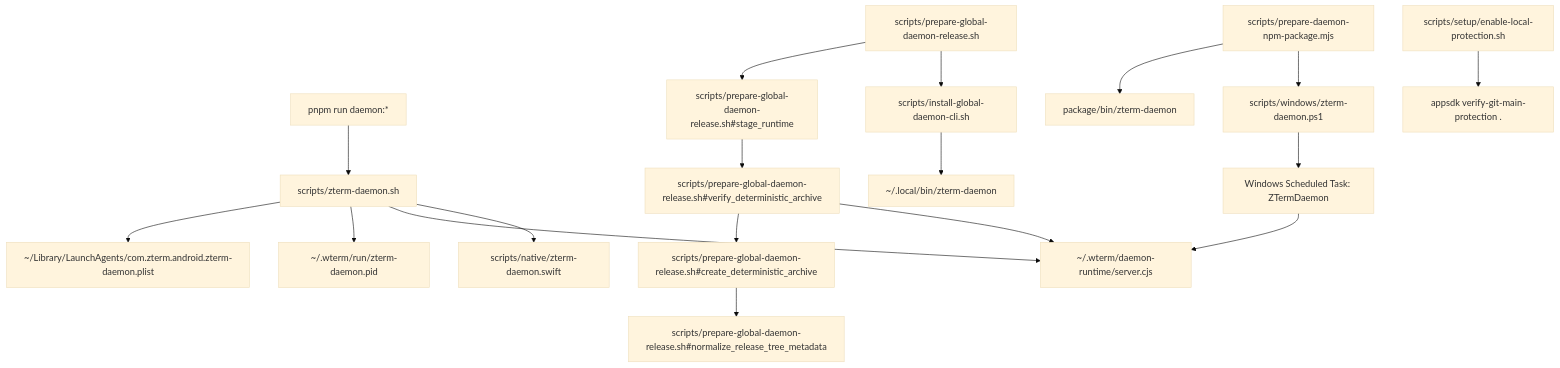
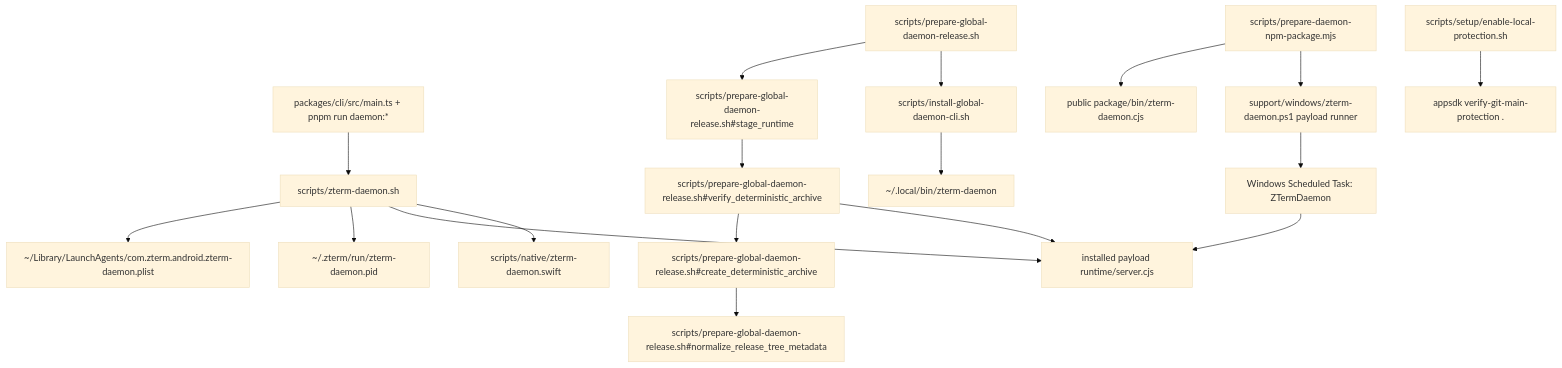
Before and after one commit to Jasonzhangf/zterm: the fourth of 5 diagrams in android/docs/wiki/mainline-source.md, drawn with Mermaid (base theme). The commit also changed other lines of this file and 165 other files, not shown here.

Commit message:
feat(cli): add remote daemon client

````diff
--- a/android/docs/wiki/mainline-source.md
+++ b/android/docs/wiki/mainline-source.md
@@ -362,20 +362,20 @@
 ```mermaid
 flowchart TD
-  DevCLI["pnpm run daemon:*"] --> Shell["scripts/zterm-daemon.sh"]
+  DevCLI["packages/cli/src/main.ts + pnpm run daemon:*"] --> Shell["scripts/zterm-daemon.sh"]
   Shell --> Launchd["~/Library/LaunchAgents/com.zterm.android.zterm-daemon.plist"]
-  Shell --> Direct["~/.wterm/run/zterm-daemon.pid"]
-  Shell --> Runtime["~/.wterm/daemon-runtime/server.cjs"]
+  Shell --> Direct["~/.zterm/run/zterm-daemon.pid"]
+  Shell --> Runtime["installed payload runtime/server.cjs"]
   Shell --> Native["scripts/native/zterm-daemon.swift"]
-  WinShell["scripts/windows/zterm-daemon.ps1"] --> WinTask["Windows Scheduled Task: ZTermDaemon"]
+  WinShell["support/windows/zterm-daemon.ps1 payload runner"] --> WinTask["Windows Scheduled Task: ZTermDaemon"]
   WinTask --> Runtime
   Release["scripts/prepare-global-daemon-release.sh"] --> DaemonReleaseOut01StageRuntime["scripts/prepare-global-daemon-release.sh#stage_runtime"]
   DaemonReleaseOut01StageRuntime --> DaemonReleaseOut02VerifyDeterminism["scripts/prepare-global-daemon-release.sh#verify_deterministic_archive"]
   DaemonReleaseOut02VerifyDeterminism --> DaemonReleaseOut03ArchiveArtifact["scripts/prepare-global-daemon-release.sh#create_deterministic_archive"]
   DaemonReleaseOut03ArchiveArtifact --> DaemonReleaseOut04NormalizeMetadata["scripts/prepare-global-daemon-release.sh#normalize_release_tree_metadata"]
   DaemonReleaseOut02VerifyDeterminism --> Runtime
   Release --> Install["scripts/install-global-daemon-cli.sh"]
   Install --> GlobalBin["~/.local/bin/zterm-daemon"]
-  Npm["scripts/prepare-daemon-npm-package.mjs"] --> PackageBin["package/bin/zterm-daemon"]
+  Npm["scripts/prepare-daemon-npm-package.mjs"] --> PackageBin["public package/bin/zterm-daemon.cjs"]
   Npm --> WinShell
   GitProtectionSetup["scripts/setup/enable-local-protection.sh"] --> GitProtectionVerify["appsdk verify-git-main-protection ."]
 ```
````
